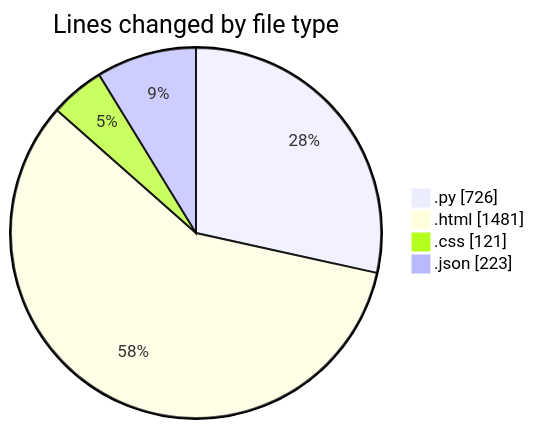
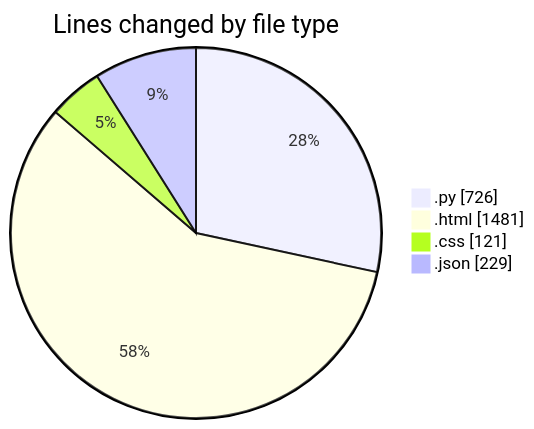
Before and after one commit to Elitesun/code-tracking: the first of 2 diagrams in 2025-01-31/flask/README.md, drawn with Mermaid. The commit also changed other lines of this file and 1 other file, not shown here.

````diff
--- a/2025-01-31/flask/README.md
+++ b/2025-01-31/flask/README.md
@@ -27,8 +27,8 @@
 ```mermaid
 pie showData
 title Lines changed by file type
 ".py" : 726
 ".html" : 1481
 ".css" : 121
-".json" : 223
+".json" : 229
 ```
````
